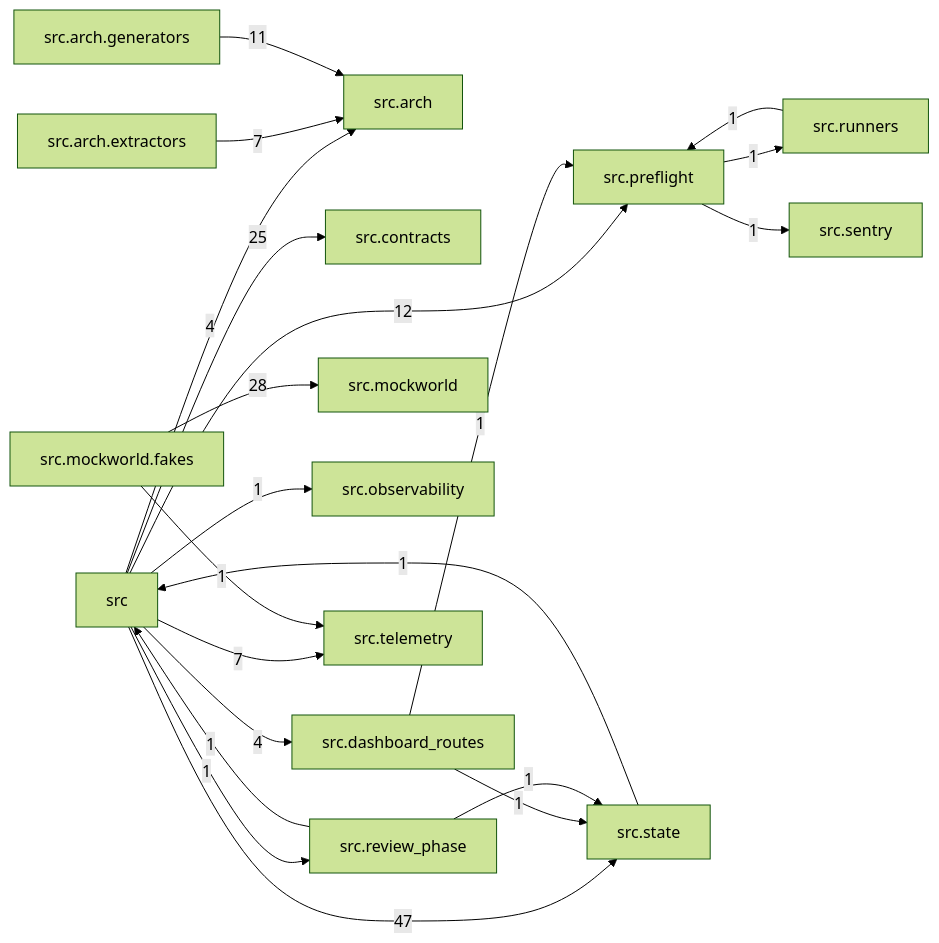
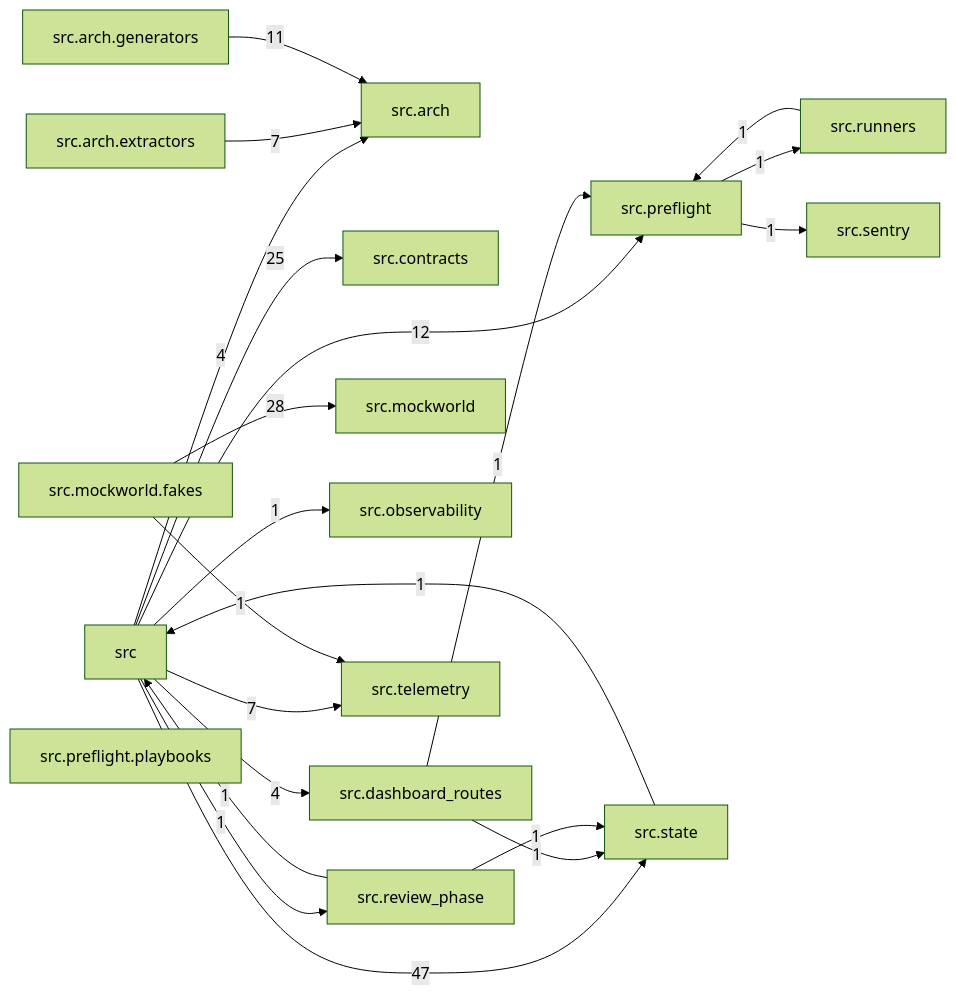
The diagram in docs/arch/generated/modules.md (T-rav/hyrdaflow), drawn with Mermaid (forest theme) before and after one commit. The commit also changed other lines of this file and 10 other files, not shown here.

````diff
--- a/docs/arch/generated/modules.md
+++ b/docs/arch/generated/modules.md
@@ -7,38 +7,39 @@
 ```mermaid
 graph LR
     src["src"]
     src_arch["src.arch"]
     src_arch_extractors["src.arch.extractors"]
     src_arch_generators["src.arch.generators"]
     src_contracts["src.contracts"]
     src_dashboard_routes["src.dashboard_routes"]
     src_mockworld["src.mockworld"]
     src_mockworld_fakes["src.mockworld.fakes"]
     src_observability["src.observability"]
     src_preflight["src.preflight"]
+    src_preflight_playbooks["src.preflight.playbooks"]
     src_review_phase["src.review_phase"]
     src_runners["src.runners"]
     src_sentry["src.sentry"]
     src_state["src.state"]
     src_telemetry["src.telemetry"]
     src -- "4" --> src_arch
     src -- "25" --> src_contracts
     src -- "4" --> src_dashboard_routes
     src -- "1" --> src_observability
     src -- "12" --> src_preflight
     src -- "1" --> src_review_phase
     src -- "47" --> src_state
     src -- "7" --> src_telemetry
     src_arch_extractors -- "7" --> src_arch
     src_arch_generators -- "11" --> src_arch
     src_dashboard_routes -- "1" --> src_preflight
     src_dashboard_routes -- "1" --> src_state
     src_mockworld_fakes -- "28" --> src_mockworld
     src_mockworld_fakes -- "1" --> src_telemetry
     src_preflight -- "1" --> src_runners
     src_preflight -- "1" --> src_sentry
     src_review_phase -- "1" --> src
     src_review_phase -- "1" --> src_state
     src_runners -- "1" --> src_preflight
     src_state -- "1" --> src
 ```
````
